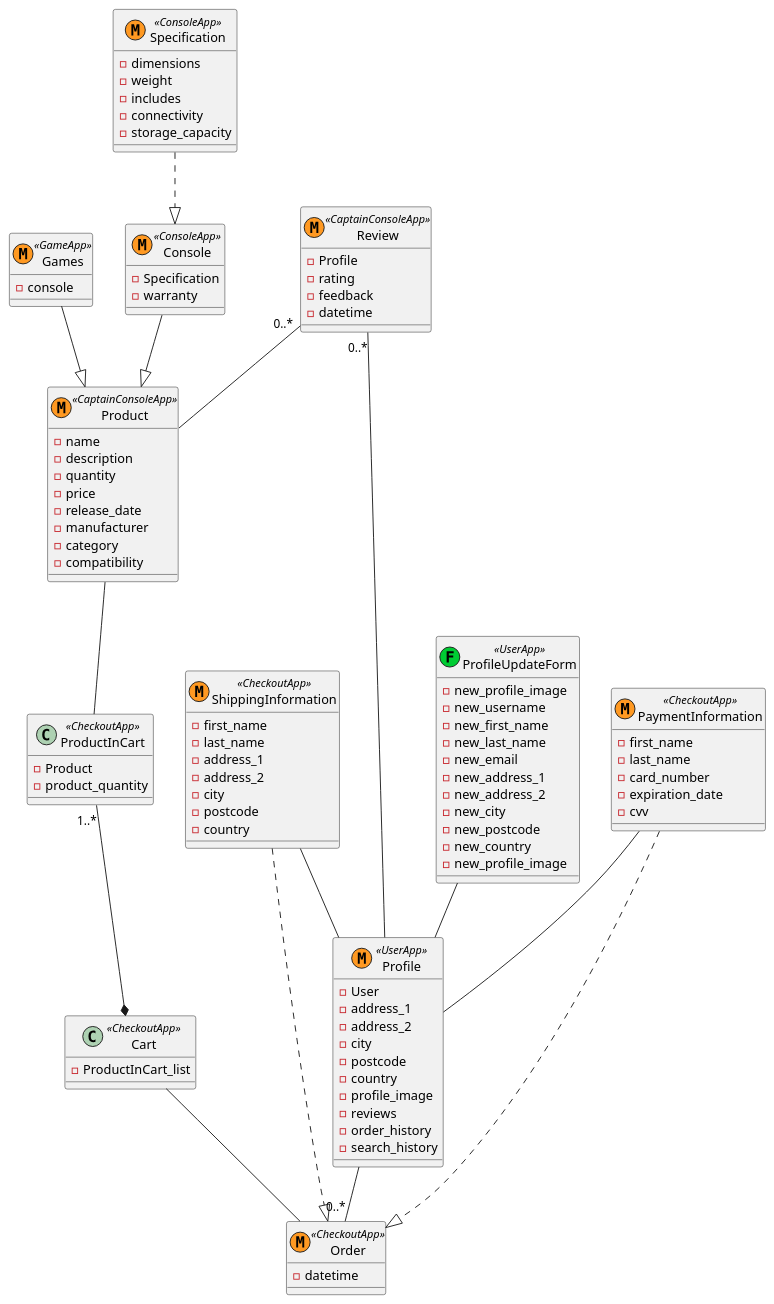
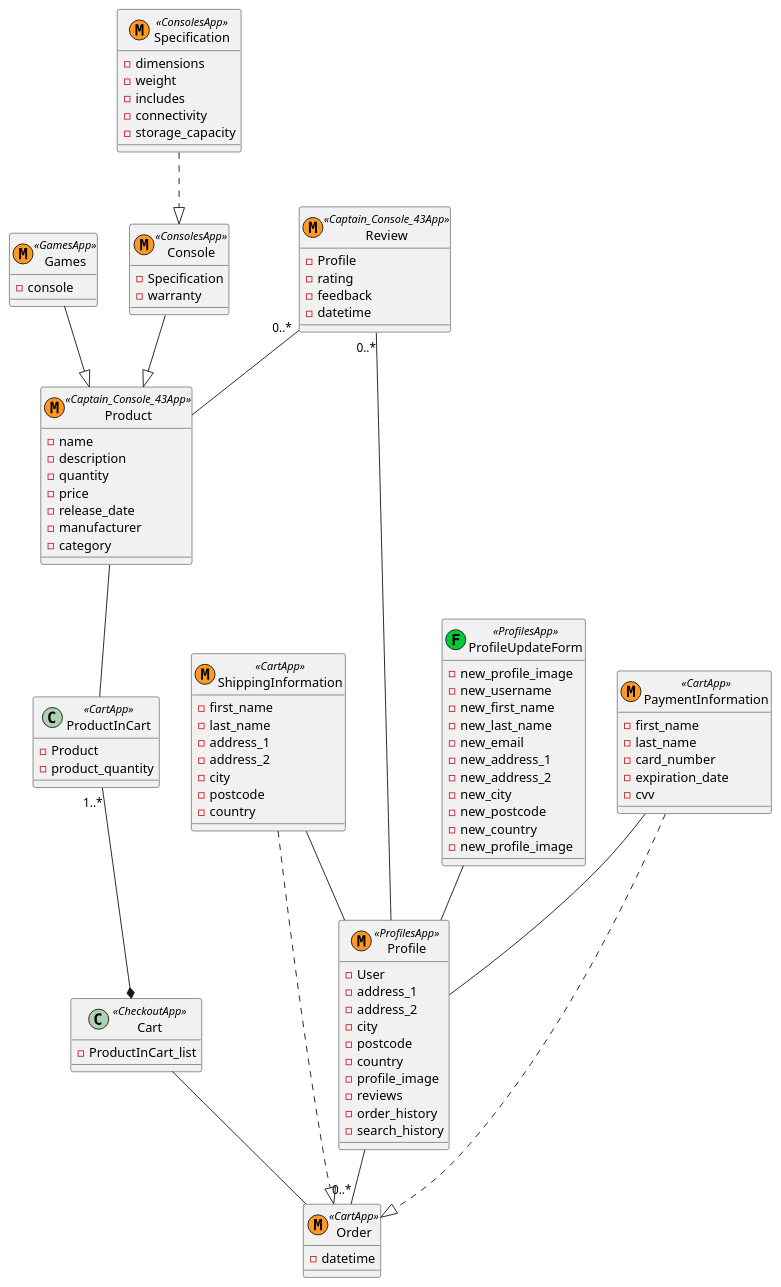
Before and after one commit to irmalexandra/vln2_captain_console: the diagram in extra_resources/PUML/class diagram.puml, drawn with PlantUML. The commit also changed 4 other files, not shown here.

```diff
--- a/extra_resources/PUML/class diagram.puml
+++ b/extra_resources/PUML/class diagram.puml
@@ -1,109 +1,107 @@
 @startuml
 
 skinparam stereotypeCBackgroundColor <<UserApp>> Green
 
-class Profile << (M, #FF9922) UserApp>> {
+class Profile << (M, #FF9922) ProfilesApp>> {
     -User
     -address_1
     -address_2
     -city
     -postcode
     -country
     -profile_image
     -reviews
     -order_history
     -search_history
 }
-class ProfileUpdateForm << (F, #00CC33) UserApp>> {
+class ProfileUpdateForm << (F, #00CC33) ProfilesApp>> {
     -new_profile_image
     -new_username
     -new_first_name
     -new_last_name
     -new_email
     -new_address_1
     -new_address_2
     -new_city
     -new_postcode
     -new_country
     -new_profile_image
 }
 
-class Product << (M, #FF9922) CaptainConsoleApp>> {
+class Product << (M, #FF9922) Captain_Console_43App>> {
     -name
     -description
     -quantity
     -price
     -release_date
     -manufacturer
     -category
-    -compatibility
-
 }
 
-class Games << (M, #FF9922) GameApp>> {
+class Games << (M, #FF9922) GamesApp>> {
     -console
 }
 
-class Console << (M, #FF9922) ConsoleApp>> {
+class Console << (M, #FF9922) ConsolesApp>> {
     -Specification
     -warranty
 }
 
-class Specification << (M, #FF9922) ConsoleApp>> {
+class Specification << (M, #FF9922) ConsolesApp>> {
     -dimensions
     -weight
     -includes
     -connectivity
     -storage_capacity
 }
 
-class Review << (M, #FF9922) CaptainConsoleApp>> {
+class Review << (M, #FF9922) Captain_Console_43App>> {
     -Profile
     -rating
     -feedback
     -datetime
 }
 
-class ProductInCart <<CheckoutApp>> {
+class ProductInCart <<CartApp>> {
     -Product
     -product_quantity
 }
 class Cart <<CheckoutApp>> {
     -ProductInCart_list
 }
-class ShippingInformation << (M, #FF9922) CheckoutApp>> {
+class ShippingInformation << (M, #FF9922) CartApp>> {
 -first_name
 -last_name
 -address_1
 -address_2
 -city
 -postcode
 -country
 }
-class PaymentInformation << (M, #FF9922) CheckoutApp>> {
+class PaymentInformation << (M, #FF9922) CartApp>> {
 -first_name
 -last_name
 -card_number
 -expiration_date
 -cvv
 }
 
-class Order << (M, #FF9922) CheckoutApp>> {
+class Order << (M, #FF9922) CartApp>> {
 -datetime
 }
 
 Product -- ProductInCart
 Review "0..*" -- Product
 Review "0..*" -- Profile
 Profile -- "0..*" Order
 ProfileUpdateForm -- Profile
 ProductInCart "1..*" --* Cart
 PaymentInformation -- Profile
 ShippingInformation -- Profile
 PaymentInformation ..|> Order
 ShippingInformation ..|> Order
 Cart -- Order
 Games --|> Product
 Console --|> Product
 Specification ..|> Console
 @enduml
```
